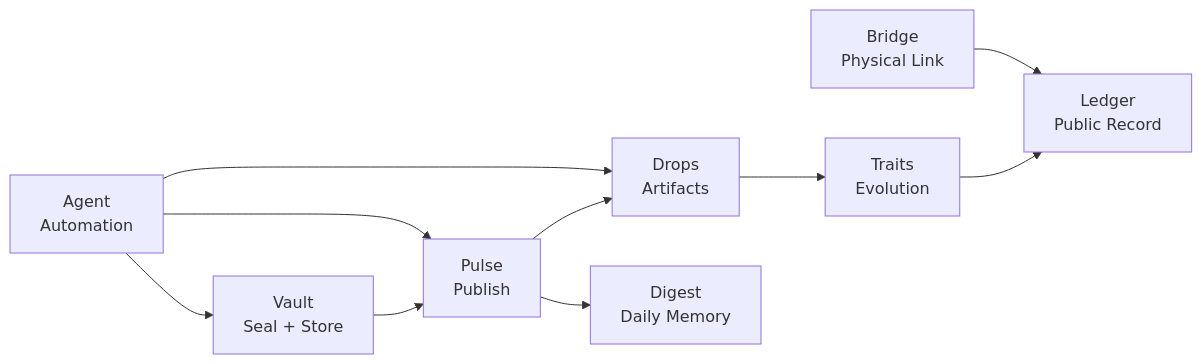
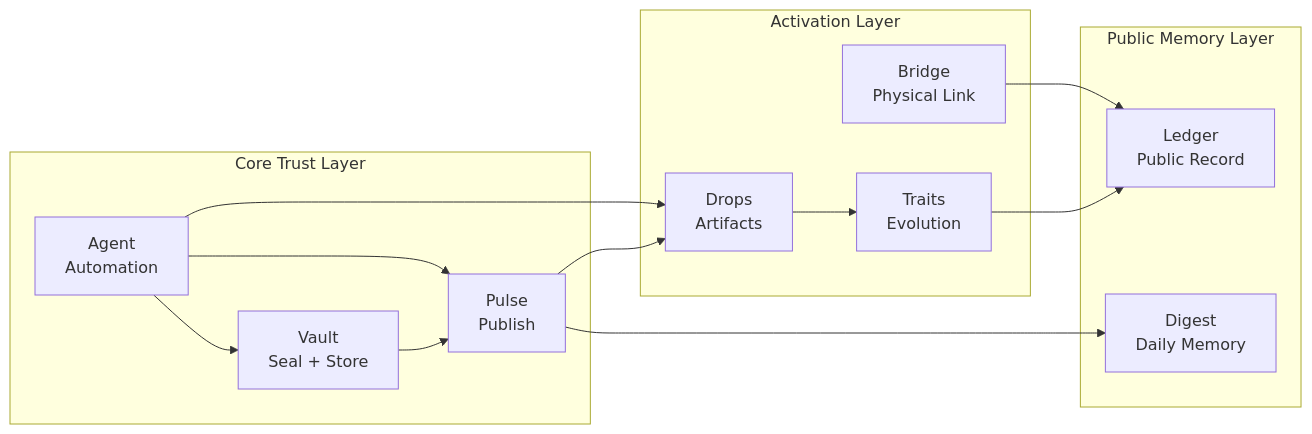
Before and after one commit to xo-ecosystem/xo-universe-docs: the diagram in docs/xo-universe-map.md, drawn with Mermaid. The commit also changed other lines of this file and 1 other file, not shown here.

Commit message:
docs: group mermaid diagrams with subgraphs

````diff
--- a/docs/xo-universe-map.md
+++ b/docs/xo-universe-map.md
@@ -21,26 +19,31 @@
 ```mermaid
 %% XO Trust Continuum lifecycle diagram
 flowchart LR
 
-Vault[Vault\nSeal + Store]
-Pulse[Pulse\nPublish]
-Drops[Drops\nArtifacts]
-Traits[Traits\nEvolution]
-Ledger[Ledger\nPublic Record]
-Digest[Digest\nDaily Memory]
-Bridge[Bridge\nPhysical Link]
-Agent[Agent\nAutomation]
+subgraph Core[Core Trust Layer]
+    Vault[Vault\nSeal + Store]
+    Pulse[Pulse\nPublish]
+    Agent[Agent\nAutomation]
+end
+
+subgraph Activation[Activation Layer]
+    Drops[Drops\nArtifacts]
+    Traits[Traits\nEvolution]
+    Bridge[Bridge\nPhysical Link]
+end
+
+subgraph Public[Public Memory Layer]
+    Ledger[Ledger\nPublic Record]
+    Digest[Digest\nDaily Memory]
+end
 
 Vault --> Pulse
 Pulse --> Drops
 Drops --> Traits
 Traits --> Ledger
-
 Pulse --> Digest
-
 Agent --> Vault
 Agent --> Pulse
 Agent --> Drops
-
 Bridge --> Ledger
 ```
````
